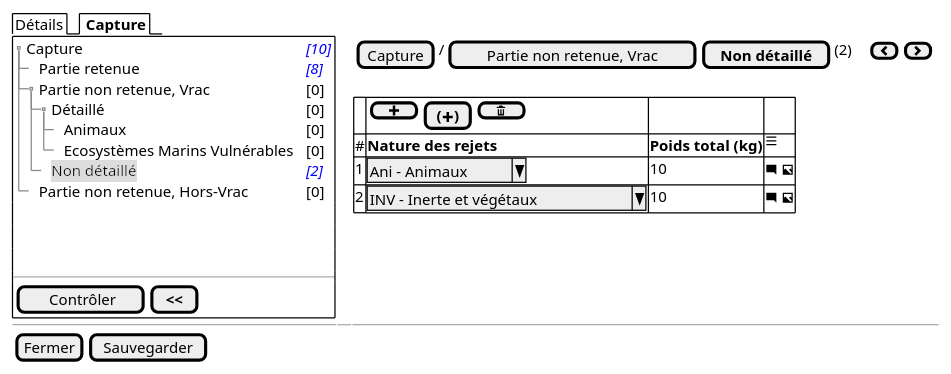
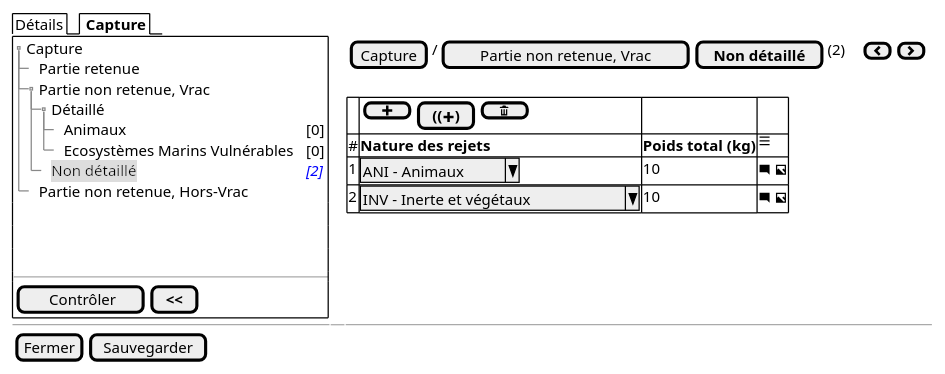
The diagram in projects/obsmer/spe/images/batch/batch-tree-PNR-VRAC-NDETAIL.puml (sumaris-net/sumaris-doc), drawn with PlantUML before and after one commit. The commit also changed 27 other files, not shown here.

```diff
--- a/projects/obsmer/spe/images/batch/batch-tree-PNR-VRAC-NDETAIL.puml
+++ b/projects/obsmer/spe/images/batch/batch-tree-PNR-VRAC-NDETAIL.puml
@@ -1,36 +1,36 @@
 @startsalt
 {
   {/ Détails | <b> Capture }
   {+
    {T
-       + Capture    | <i><color:blue>[10]
-       ++ Partie retenue       | <i><color:blue>[8]
-       ++ Partie non retenue, Vrac | <color:black>[0]
-       +++ Détaillé | <color:black>[0]
+       + Capture
+       ++ Partie retenue
+       ++ Partie non retenue, Vrac
+       +++ Détaillé
        ++++ Animaux | <color:black>[0]
        ++++ Ecosystèmes Marins Vulnérables | <color:black>[0]
        +++ <back:#DDD>Non détaillé | <i><color:blue>[2]
-       ++ Partie non retenue, Hors-Vrac | <color:black>[0]
+       ++ Partie non retenue, Hors-Vrac
    }
     .
     .
     .
    --
    {
       [<&checkmark> Contrôler] | [ <b><< ]
    }
   } | . | {
     { [Capture] | / | [Partie non retenue, Vrac] | [<b>Non détaillé] | (2) | . | . | { [<&chevron-left>] | [<&chevron-right>] } }
         .
         {#
-            . | { [ <&plus> ]  | [<b>(<&plus><b>)] | [ <&trash> ] }  | . | .
+            . | { [ <&plus> ]  | [<b>((<&plus><b>)] | [ <&trash> ] }  | . | .
             # | <b>Nature des rejets  | <b>Poids total (kg)     |  <&menu>
-            1 | ^ Ani - Animaux^         | 10 |  <&comment-square> <&image>
+            1 | ^ ANI - Animaux^         | 10 |  <&comment-square> <&image>
             2 | ^ INV - Inerte et végétaux ^        |  10 |  <&comment-square> <&image>
           }
     }
 
   -- | -- | --
   { [Fermer] | [Sauvegarder] }
 }
 @endsalt
```
